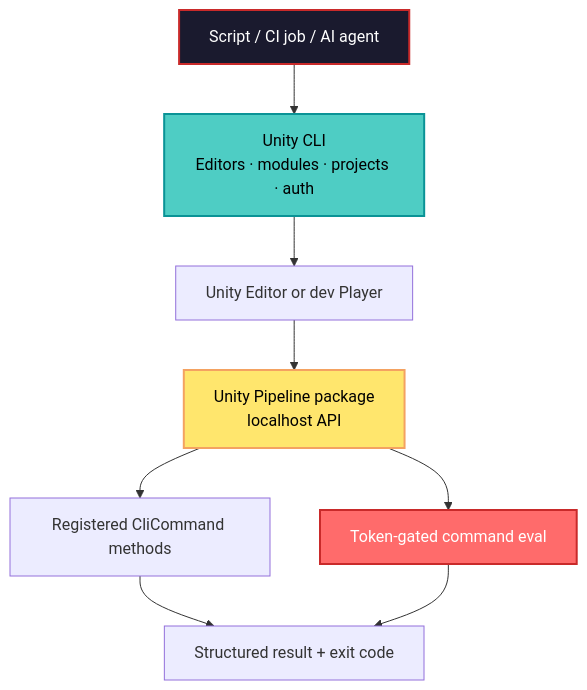
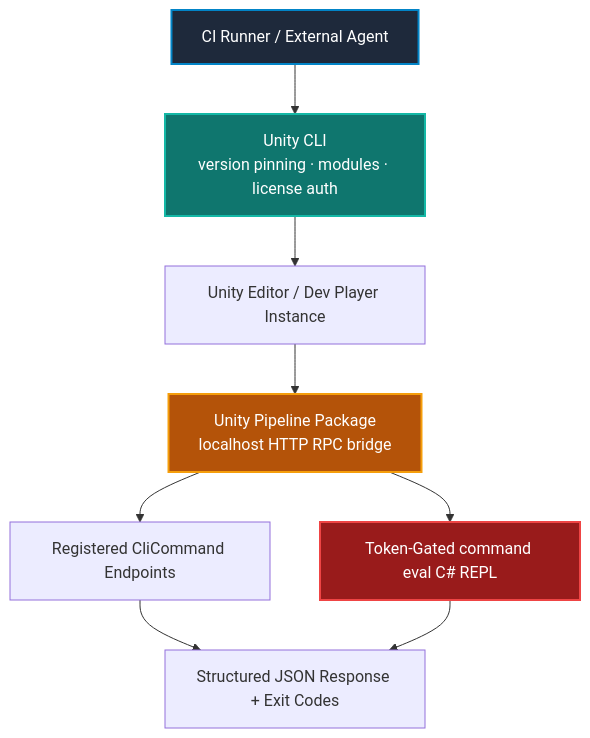
The diagram in _posts/2026/07/2026-07-21-unity-cli-production-workflows.md (akillness/akillness.github.io), drawn with Mermaid before and after one commit. The commit also changed other lines of this file and 1 other file, not shown here.

Commit message:
archive(dev): rebuild unity-cli-production-workflows from 2026-07 note

````diff
--- a/_posts/2026/07/2026-07-21-unity-cli-production-workflows.md
+++ b/_posts/2026/07/2026-07-21-unity-cli-production-workflows.md
@@ -39,15 +25,15 @@
 ```mermaid
 graph TB
-    A[Script / CI job / AI agent] --> B[Unity CLI<br/>Editors · modules · projects · auth]
-    B --> C[Unity Editor or dev Player]
-    C --> D[Unity Pipeline package<br/>localhost API]
-    D --> E[Registered CliCommand methods]
-    D --> F[Token-gated command eval]
-    E --> G[Structured result + exit code]
+    A[CI Runner / External Agent] --> B[Unity CLI<br/>version pinning · modules · license auth]
+    B --> C[Unity Editor / Dev Player Instance]
+    C --> D[Unity Pipeline Package<br/>localhost HTTP RPC bridge]
+    D --> E[Registered CliCommand Endpoints]
+    D --> F[Token-Gated command eval C# REPL]
+    E --> G[Structured JSON Response + Exit Codes]
     F --> G
 
-    style A fill:#1a1a2e,stroke:#c92a2a,stroke-width:2px,color:#fff
-    style B fill:#4ecdc4,stroke:#0a9396,stroke-width:2px,color:#000
-    style D fill:#ffe66d,stroke:#f4a261,stroke-width:2px,color:#000
-    style F fill:#ff6b6b,stroke:#c92a2a,stroke-width:2px,color:#fff
+    style A fill:#1e293b,stroke:#0284c7,stroke-width:2px,color:#fff
+    style B fill:#0f766e,stroke:#14b8a6,stroke-width:2px,color:#fff
+    style D fill:#b45309,stroke:#f59e0b,stroke-width:2px,color:#fff
+    style F fill:#991b1b,stroke:#ef4444,stroke-width:2px,color:#fff
 ```
````
